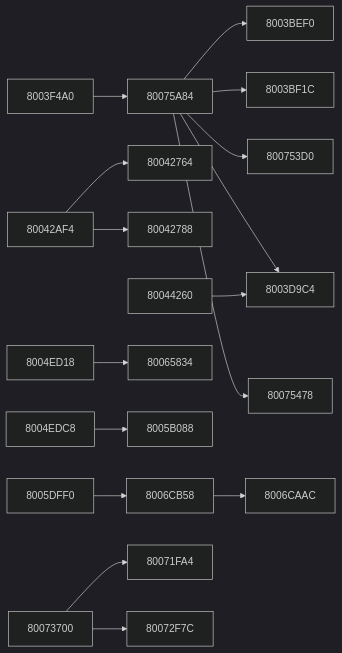
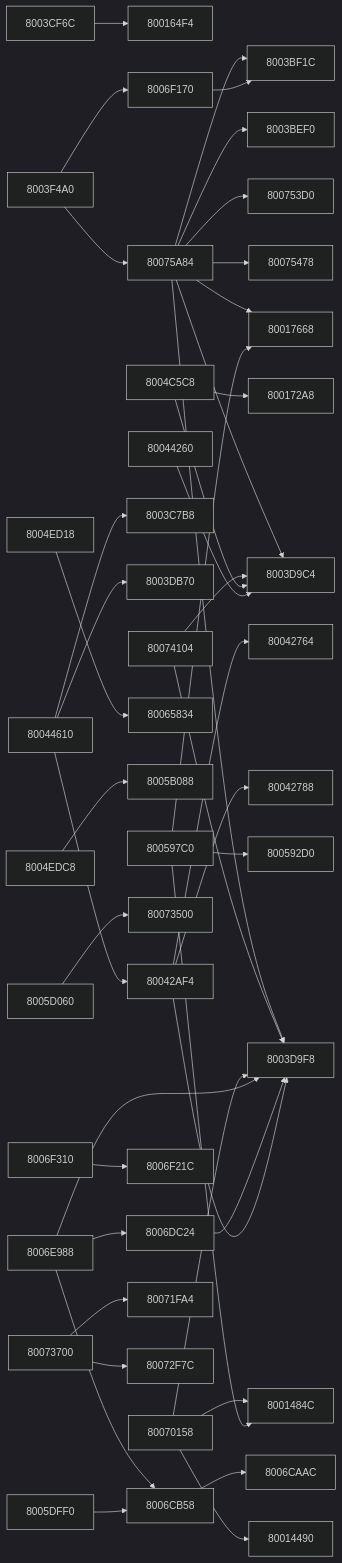
One commit to kai-luni/Future-Cop-L.A.P.D-PS1 changed the sixth of 10 diagrams in docs/FUNCTION_MAP.md. Above: the diagram before and after it, drawn with Mermaid (dark theme). The commit also changed other lines of this file and 1 other file, not shown here.

````diff
--- a/docs/FUNCTION_MAP.md
+++ b/docs/FUNCTION_MAP.md
@@ -239,38 +284,85 @@
 ```mermaid
 graph LR
+    f8003cf6c --> f800164f4
+    f8003f4a0 --> f8006f170
     f8003f4a0 --> f80075a84
+    f80042af4 --> f8003d9f8
     f80042af4 --> f80042764
     f80042af4 --> f80042788
     f80044260 --> f8003d9c4
+    f80044610 --> f8003c7b8
+    f80044610 --> f8003db70
+    f80044610 --> f80042af4
+    f8004c5c8 --> f800172a8
+    f8004c5c8 --> f8003d9c4
     f8004ed18 --> f80065834
     f8004edc8 --> f8005b088
+    f800597c0 --> f8001484c
+    f800597c0 --> f80017668
+    f800597c0 --> f800592d0
+    f8005d060 --> f80073500
     f8005dff0 --> f8006cb58
     f8006cb58 --> f8006caac
+    f8006dc24 --> f8003d9f8
+    f8006e988 --> f8003d9f8
+    f8006e988 --> f8006cb58
+    f8006e988 --> f8006dc24
+    f8006f170 --> f8003bf1c
+    f8006f310 --> f8006f21c
+    f80070158 --> f80014490
+    f80070158 --> f8001484c
+    f80070158 --> f8003d9f8
     f80073700 --> f80071fa4
     f80073700 --> f80072f7c
+    f80074104 --> f8003d9c4
+    f80074104 --> f8003d9f8
+    f80075a84 --> f80017668
     f80075a84 --> f8003bef0
     f80075a84 --> f8003bf1c
     f80075a84 --> f8003d9c4
+    f80075a84 --> f8003d9f8
     f80075a84 --> f800753d0
     f80075a84 --> f80075478
+    f80014490["80014490"]
+    f8001484c["8001484C"]
+    f800164f4["800164F4"]
+    f800172a8["800172A8"]
+    f80017668["80017668"]
     f8003bef0["8003BEF0"]
     f8003bf1c["8003BF1C"]
+    f8003c7b8["8003C7B8"]
+    f8003cf6c["8003CF6C"]
     f8003d9c4["8003D9C4"]
+    f8003d9f8["8003D9F8"]
+    f8003db70["8003DB70"]
     f8003f4a0["8003F4A0"]
     f80042764["80042764"]
     f80042788["80042788"]
     f80042af4["80042AF4"]
     f80044260["80044260"]
+    f80044610["80044610"]
+    f8004c5c8["8004C5C8"]
     f8004ed18["8004ED18"]
     f8004edc8["8004EDC8"]
+    f800592d0["800592D0"]
+    f800597c0["800597C0"]
     f8005b088["8005B088"]
+    f8005d060["8005D060"]
     f8005dff0["8005DFF0"]
     f80065834["80065834"]
     f8006caac["8006CAAC"]
     f8006cb58["8006CB58"]
+    f8006dc24["8006DC24"]
+    f8006e988["8006E988"]
+    f8006f170["8006F170"]
+    f8006f21c["8006F21C"]
+    f8006f310["8006F310"]
+    f80070158["80070158"]
     f80071fa4["80071FA4"]
     f80072f7c["80072F7C"]
+    f80073500["80073500"]
     f80073700["80073700"]
+    f80074104["80074104"]
     f800753d0["800753D0"]
     f80075478["80075478"]
     f80075a84["80075A84"]
````
